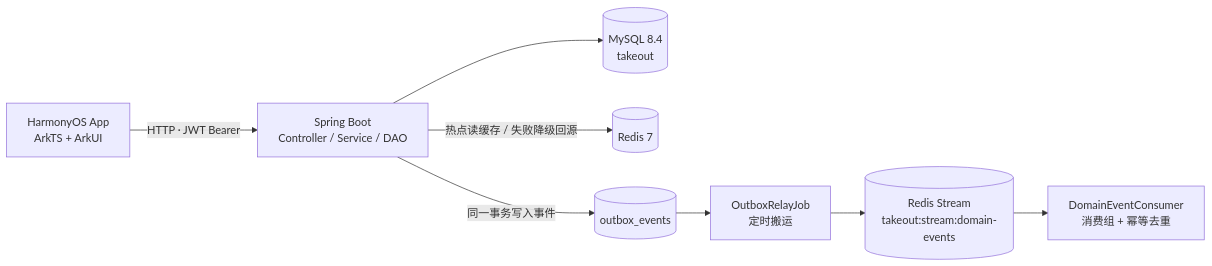
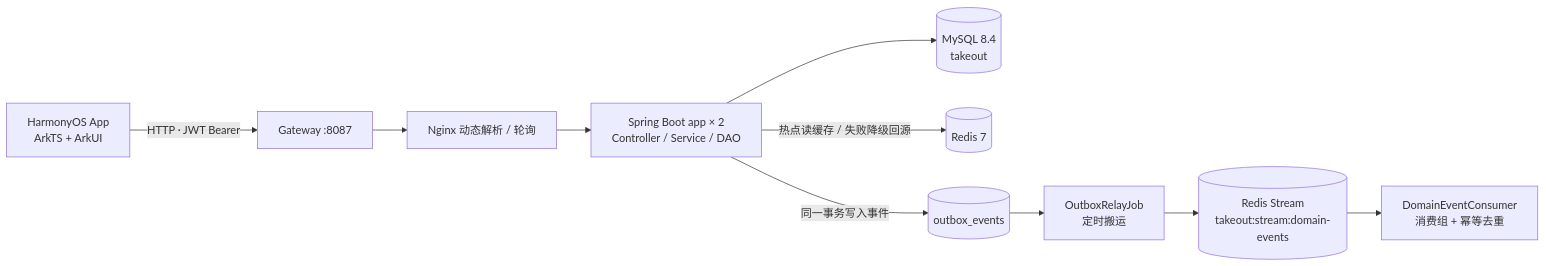
The diagram in README.md (hqyx2025/simple-takeout), drawn with Mermaid before and after one commit. The commit also changed other lines of this file and 2 other files, not shown here.

````diff
--- a/README.md
+++ b/README.md
@@ -83,10 +83,12 @@
 ```mermaid
 flowchart LR
-  App["HarmonyOS App<br/>ArkTS + ArkUI"] -->|"HTTP · JWT Bearer"| API["Spring Boot<br/>Controller / Service / DAO"]
+  App["HarmonyOS App<br/>ArkTS + ArkUI"] -->|"HTTP · JWT Bearer"| Gateway["Gateway :8087"]
+  Gateway --> Balancer["Nginx 动态解析 / 轮询"]
+  Balancer --> API["Spring Boot app × 2<br/>Controller / Service / DAO"]
   API --> MySQL[("MySQL 8.4<br/>takeout")]
   API -->|"热点读缓存 / 失败降级回源"| Redis[("Redis 7")]
   API -->|"同一事务写入事件"| Outbox[("outbox_events")]
   Outbox --> Relay["OutboxRelayJob<br/>定时搬运"]
   Relay --> Stream[("Redis Stream<br/>takeout:stream:domain-events")]
   Stream --> Consumer["DomainEventConsumer<br/>消费组 + 幂等去重"]
 ```
````
